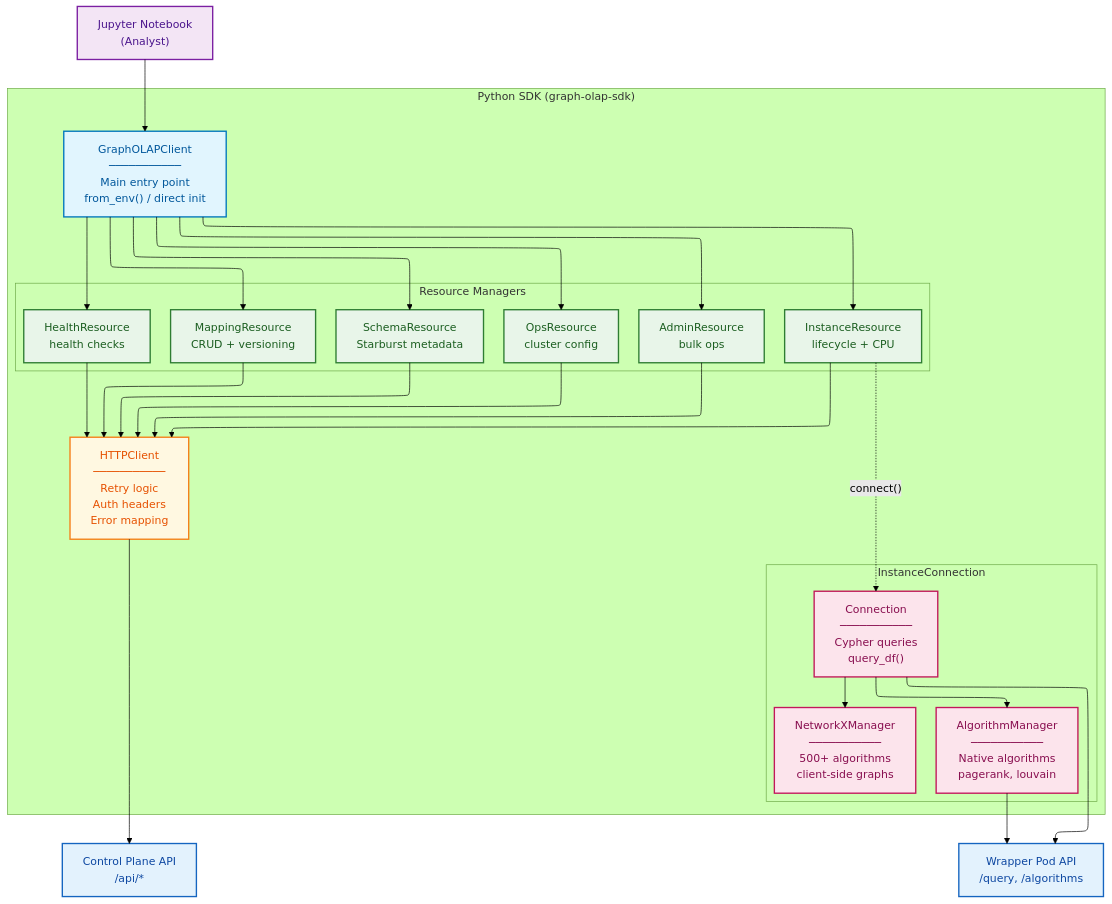
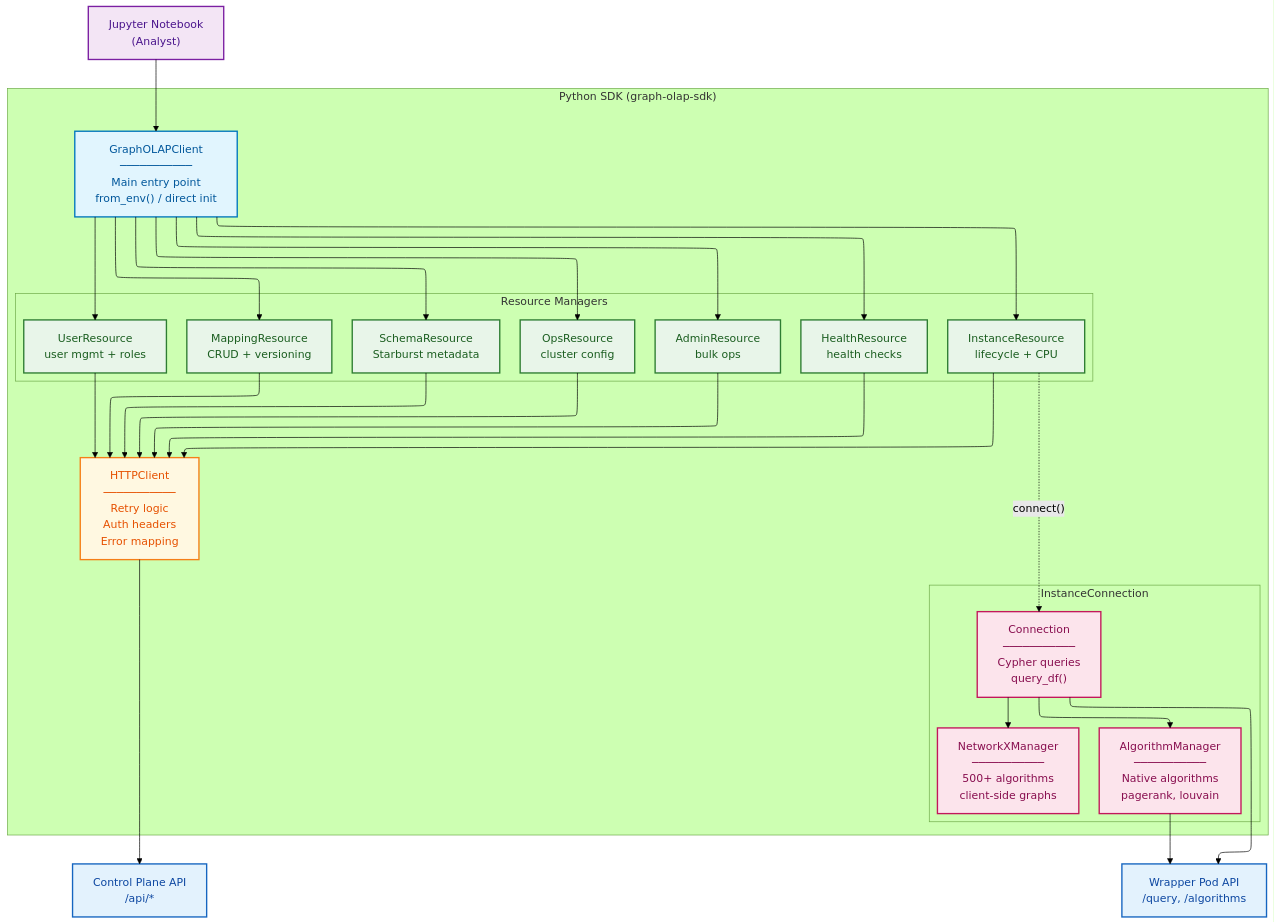
The first of 2 diagrams in documentation/src/content/docs/architecture/sdk-architecture.md (b4uharsha/newgraph), drawn with Mermaid (forest theme) before and after one commit. The commit also changed other lines of this file and 88 other files, not shown here.

````diff
--- a/documentation/src/content/docs/architecture/sdk-architecture.md
+++ b/documentation/src/content/docs/architecture/sdk-architecture.md
@@ -61,51 +62,52 @@
 ```mermaid
 ---
 config:
   layout: elk
 ---
 flowchart TB
     accTitle: Graph OLAP SDK Architecture
     accDescr: Shows SDK components from GraphOLAPClient through resource managers to Control Plane and Wrapper APIs
 
     classDef user fill:#F3E5F5,stroke:#7B1FA2,stroke-width:2px,color:#4A148C
     classDef client fill:#E1F5FE,stroke:#0277BD,stroke-width:2px,color:#01579B
     classDef resource fill:#E8F5E9,stroke:#2E7D32,stroke-width:2px,color:#1B5E20
     classDef http fill:#FFF8E1,stroke:#F57F17,stroke-width:2px,color:#E65100
     classDef api fill:#E3F2FD,stroke:#1565C0,stroke-width:2px,color:#0D47A1
     classDef conn fill:#FCE4EC,stroke:#C2185B,stroke-width:2px,color:#880E4F
 
     Jupyter["Jupyter Notebook<br/>(Analyst)"]:::user
 
     subgraph SDK["Python SDK (graph-olap-sdk)"]
         Client["GraphOLAPClient<br/>───────────<br/>Main entry point<br/>from_env() / direct init"]:::client
 
         subgraph Resources["Resource Managers"]
             Mappings["MappingResource<br/>CRUD + versioning"]:::resource
             Instances["InstanceResource<br/>lifecycle + CPU"]:::resource
             Schema["SchemaResource<br/>Starburst metadata"]:::resource
             Ops["OpsResource<br/>cluster config"]:::resource
             Admin["AdminResource<br/>bulk ops"]:::resource
             Health["HealthResource<br/>health checks"]:::resource
+            Users["UserResource<br/>user mgmt + roles"]:::resource
         end
 
         HTTP["HTTPClient<br/>───────────<br/>Retry logic<br/>Auth headers<br/>Error mapping"]:::http
 
         subgraph Connection["InstanceConnection"]
             Conn["Connection<br/>───────────<br/>Cypher queries<br/>query_df()"]:::conn
             Algo["AlgorithmManager<br/>───────────<br/>Native algorithms<br/>pagerank, louvain"]:::conn
             NX["NetworkXManager<br/>───────────<br/>500+ algorithms<br/>client-side graphs"]:::conn
         end
     end
 
     CP["Control Plane API<br/>/api/*"]:::api
     Wrapper["Wrapper Pod API<br/>/query, /algorithms"]:::api
 
     Jupyter --> Client
-    Client --> Mappings & Instances & Schema & Ops & Admin & Health
-    Mappings & Instances & Schema & Ops & Admin & Health --> HTTP
+    Client --> Mappings & Instances & Schema & Ops & Admin & Health & Users
+    Mappings & Instances & Schema & Ops & Admin & Health & Users --> HTTP
     HTTP --> CP
     Instances -.->|"connect()"| Conn
     Conn --> Algo & NX
     Conn --> Wrapper
     Algo --> Wrapper
 ```
````
